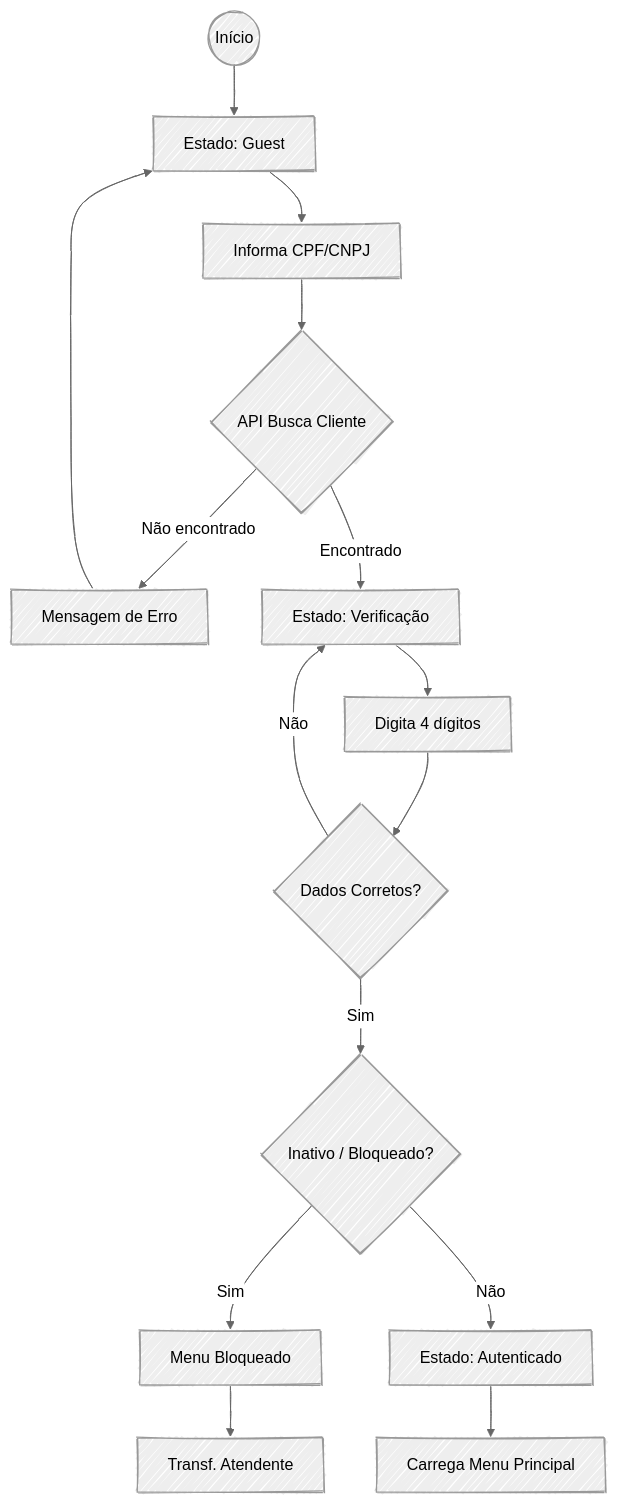
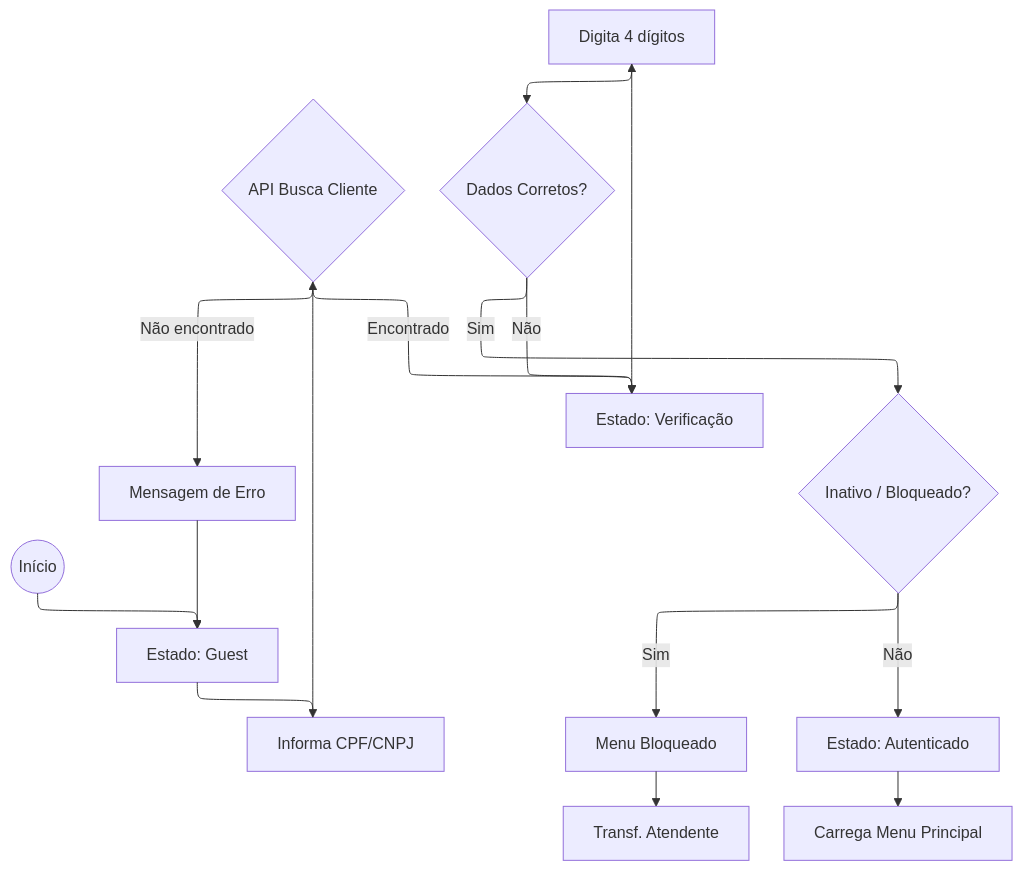
One commit to csantilucas/n8n-docker changed the diagram in documentation/fluxo_login.mmd. Above: the diagram before and after it, drawn with Mermaid.

Commit message:
arrumando estilo do fluxo

```diff
--- a/documentation/fluxo_login.mmd
+++ b/documentation/fluxo_login.mmd
@@ -1,25 +1,28 @@
 ---
 config:
-  look: handDrawn
-  theme: neutral
+  layout: elk
+  look: classic
+  theme: default
+  elk:
+    mergeEdges: true
 ---
 flowchart TD
     Start((Início)) --> Guest[Estado: Guest]
     Guest --> InputCPF[Informa CPF/CNPJ]
     InputCPF --> API_Auth{API Busca Cliente}
     
     API_Auth -->|Não encontrado| Error[Mensagem de Erro]
     Error --> Guest
     
     API_Auth -->|Encontrado| Verif[Estado: Verificação]
     Verif --> Input4[Digita 4 dígitos]
     Input4 --> Valid{Dados Corretos?}
     
     Valid -->|Não| Verif
     Valid -->|Sim| CheckStatus{Inativo / Bloqueado?}
     
     CheckStatus -->|Sim| Blocked[Menu Bloqueado]
     CheckStatus -->|Não| Auth[Estado: Autenticado]
     
     Blocked --> Transfer[Transf. Atendente]
     Auth --> MP[Carrega Menu Principal]
```
